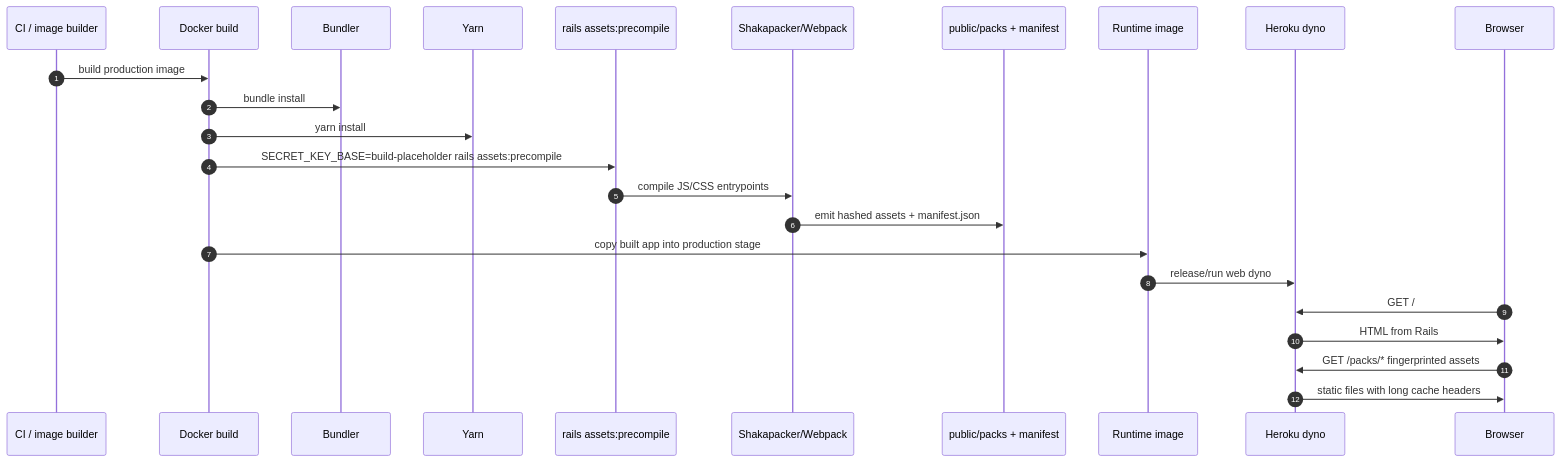
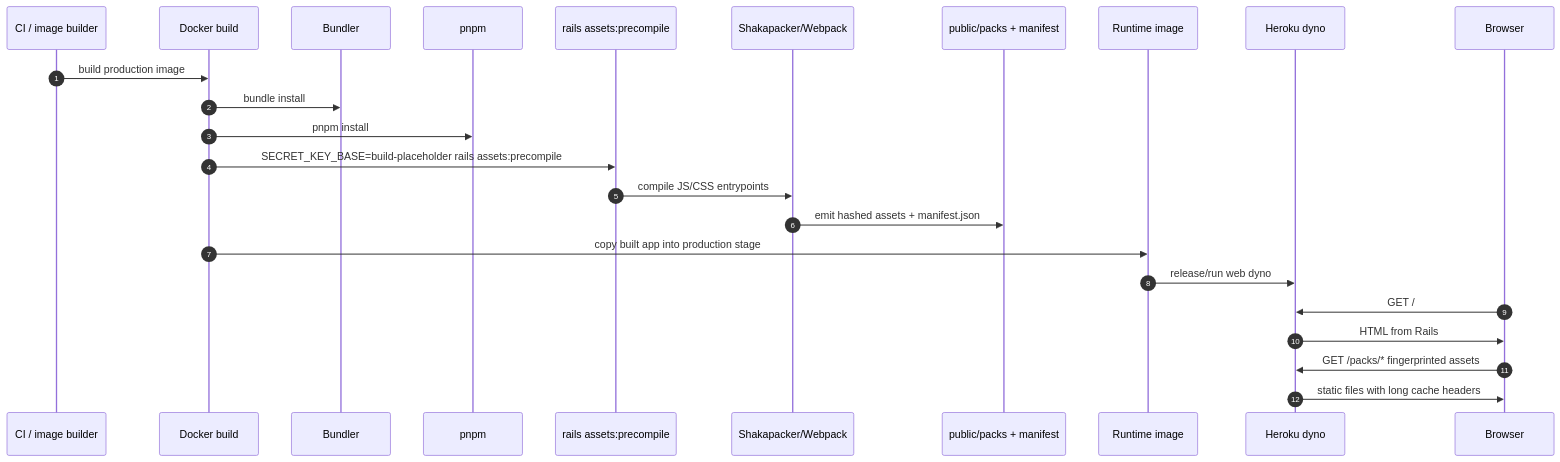
The second of 4 diagrams in docs/asset-pipeline.md (galahq/gala), drawn with Mermaid before and after one commit. The commit also changed other lines of this file and 9 other files, not shown here.

Commit message:
chore(11-02): replace root yarn workflow with pnpm

````diff
--- a/docs/asset-pipeline.md
+++ b/docs/asset-pipeline.md
@@ -52,27 +52,27 @@
 ```mermaid
 sequenceDiagram
     autonumber
     participant CI as CI / image builder
     participant Docker as Docker build
     participant Gems as Bundler
-    participant Yarn as Yarn
+    participant Pnpm as pnpm
     participant RailsTask as rails assets:precompile
     participant Webpack as Shakapacker/Webpack
     participant Public as public/packs + manifest
     participant Image as Runtime image
     participant Heroku as Heroku dyno
     participant User as Browser
 
     CI->>Docker: build production image
     Docker->>Gems: bundle install
-    Docker->>Yarn: yarn install
+    Docker->>Pnpm: pnpm install
     Docker->>RailsTask: SECRET_KEY_BASE=build-placeholder rails assets:precompile
     RailsTask->>Webpack: compile JS/CSS entrypoints
     Webpack->>Public: emit hashed assets + manifest.json
     Docker->>Image: copy built app into production stage
     Image->>Heroku: release/run web dyno
     User->>Heroku: GET /
     Heroku->>User: HTML from Rails
     User->>Heroku: GET /packs/* fingerprinted assets
     Heroku->>User: static files with long cache headers
 ```
````
